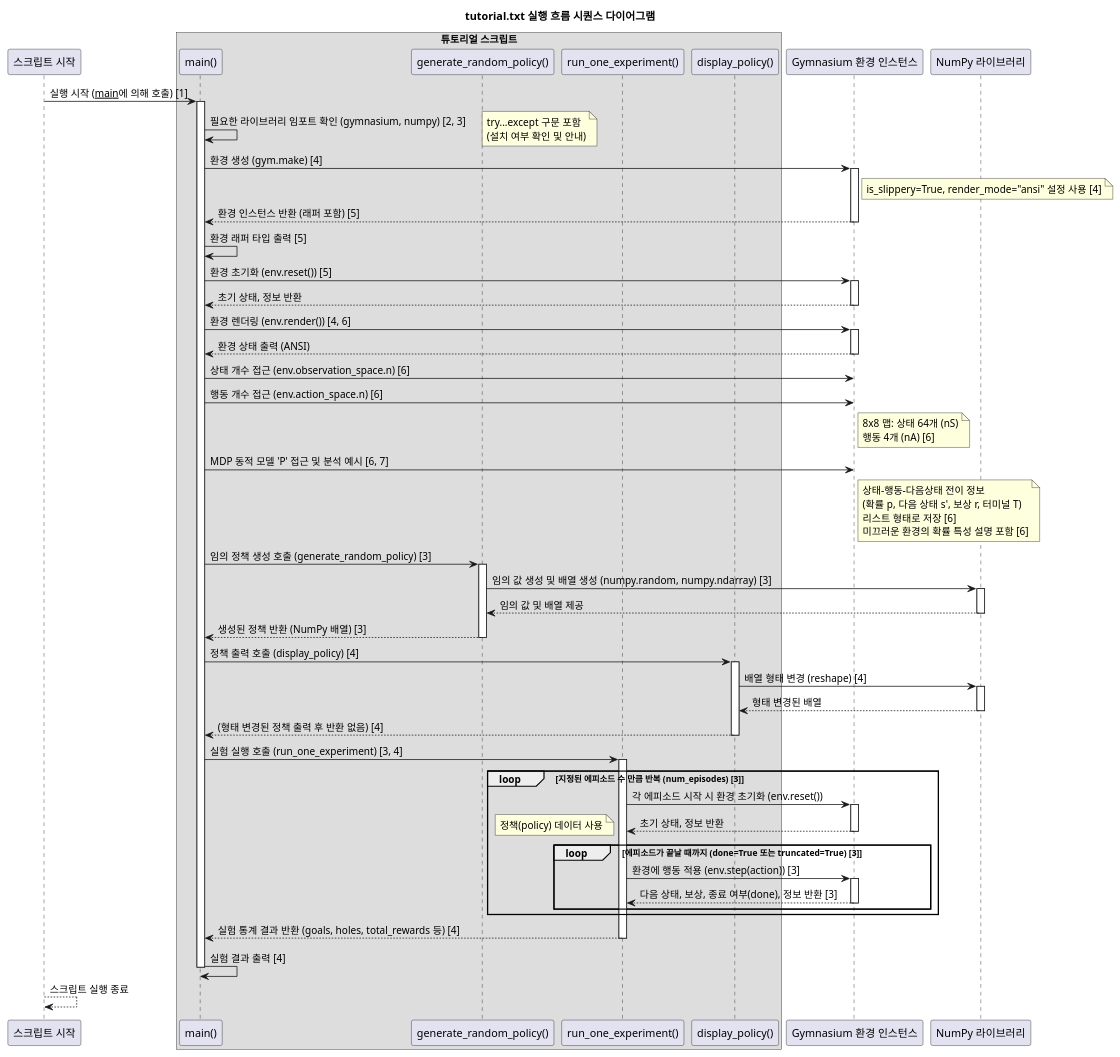
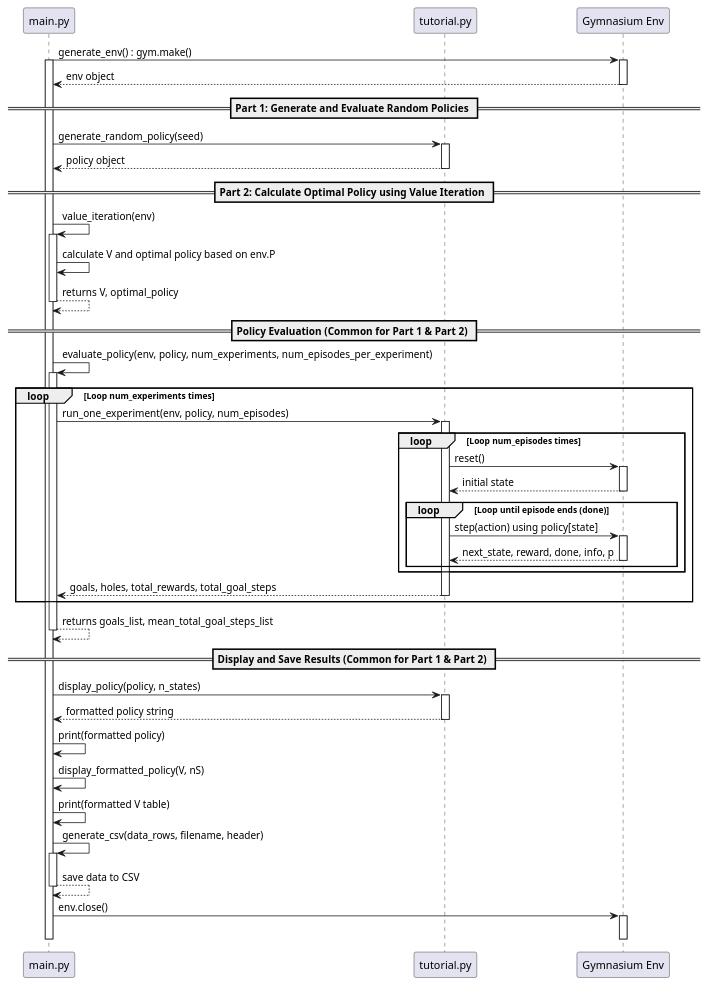
The diagram in AI/hw3/sd.wsd (devminsong/25_WQ_SE441), drawn with PlantUML before and after one commit. The commit also changed other lines of this file and 3 other files, not shown here.

```diff
--- a/AI/hw3/sd.wsd
+++ b/AI/hw3/sd.wsd
@@ -1,115 +1,67 @@
 @startuml
-' 다이어그램 제목
-title tutorial.txt 실행 흐름 시퀀스 다이어그램
+participant "main.py" as Main
+participant "tutorial.py" as Tutorial
+participant "Gymnasium Env" as Env
 
-' 참가자 (주요 구성요소/함수)
-participant "스크립트 시작" as Script
-box "튜토리얼 스크립트"
-    participant "main()" as Main
-    participant "generate_random_policy()" as GenPolicy
-    participant "run_one_experiment()" as RunExp
-    participant "display_policy()" as DispPolicy
-end box
-participant "Gymnasium 환경 인스턴스" as GymEnv
-participant "NumPy 라이브러리" as NumPy
+Main -> Env: generate_env() : gym.make()
+activate Env
+activate Main
+Env --> Main: env object
+deactivate Env
 
-' 실행 순서
-Script -> Main : 실행 시작 (__main__에 의해 호출) [1]
+== Part 1: Generate and Evaluate Random Policies ==
+Main -> Tutorial: generate_random_policy(seed)
+activate Tutorial
+Tutorial --> Main: policy object
+deactivate Tutorial
 
+== Part 2: Calculate Optimal Policy using Value Iteration ==
+Main -> Main: value_iteration(env)
 activate Main
-
-Main -> Main : 필요한 라이브러리 임포트 확인 (gymnasium, numpy) [2, 3]
-note right
-    try...except 구문 포함
-    (설치 여부 확인 및 안내)
-end note
-
-Main -> GymEnv : 환경 생성 (gym.make) [4]
-activate GymEnv
-note right of GymEnv
-    'FrozenLake-v1', map_name="8x8",
-    is_slippery=True, render_mode="ansi" 설정 사용 [4]
-end note
-GymEnv --> Main : 환경 인스턴스 반환 (래퍼 포함) [5]
-deactivate GymEnv
-
-Main -> Main : 환경 래퍼 타입 출력 [5]
-
-Main -> GymEnv : 환경 초기화 (env.reset()) [5]
-activate GymEnv
-GymEnv --> Main : 초기 상태, 정보 반환
-deactivate GymEnv
-
-Main -> GymEnv : 환경 렌더링 (env.render()) [4, 6]
-activate GymEnv
-GymEnv --> Main : 환경 상태 출력 (ANSI)
-deactivate GymEnv
-
-Main -> GymEnv : 상태 개수 접근 (env.observation_space.n) [6]
-Main -> GymEnv : 행동 개수 접근 (env.action_space.n) [6]
-note right of GymEnv
-    8x8 맵: 상태 64개 (nS)
-    행동 4개 (nA) [6]
-end note
-
-Main -> GymEnv : MDP 동적 모델 'P' 접근 및 분석 예시 [6, 7]
-note right of GymEnv
-    상태-행동-다음상태 전이 정보
-    (확률 p, 다음 상태 s', 보상 r, 터미널 T)
-    리스트 형태로 저장 [6]
-    미끄러운 환경의 확률 특성 설명 포함 [6]
-end note
-
-Main -> GenPolicy : 임의 정책 생성 호출 (generate_random_policy) [3]
-activate GenPolicy
-GenPolicy -> NumPy : 임의 값 생성 및 배열 생성 (numpy.random, numpy.ndarray) [3]
-activate NumPy
-NumPy --> GenPolicy : 임의 값 및 배열 제공
-deactivate NumPy
-GenPolicy --> Main : 생성된 정책 반환 (NumPy 배열) [3]
-deactivate GenPolicy
-
-Main -> DispPolicy : 정책 출력 호출 (display_policy) [4]
-activate DispPolicy
-DispPolicy -> NumPy : 배열 형태 변경 (reshape) [4]
-activate NumPy
-NumPy --> DispPolicy : 형태 변경된 배열
-deactivate NumPy
-DispPolicy --> Main : (형태 변경된 정책 출력 후 반환 없음) [4]
-deactivate DispPolicy
-
-Main -> RunExp : 실험 실행 호출 (run_one_experiment) [3, 4]
-activate RunExp
-
-    loop 지정된 에피소드 수 만큼 반복 (num_episodes) [3]
-        RunExp -> GymEnv : 각 에피소드 시작 시 환경 초기화 (env.reset())
-        activate GymEnv
-        GymEnv --> RunExp : 초기 상태, 정보 반환
-        deactivate GymEnv
-
-        loop 에피소드가 끝날 때까지 (done=True 또는 truncated=True) [3]
-            ' 현재 상태에 따라 정책에서 행동 선택 (policy[state]) [3]
-            note left
-                정책(policy) 데이터 사용
-            end note
-            RunExp -> GymEnv : 환경에 행동 적용 (env.step(action)) [3]
-            activate GymEnv
-            GymEnv --> RunExp : 다음 상태, 보상, 종료 여부(done), 정보 반환 [3]
-            deactivate GymEnv
-
-            ' 보상 누적, 상태 업데이트 등
-        end
-
-        ' 에피소드 결과 기록 (목표 달성 횟수, 총 보상, 걸음 수 등) [3, 4]
-    end
-
-RunExp --> Main : 실험 통계 결과 반환 (goals, holes, total_rewards 등) [4]
-deactivate RunExp
-
-Main -> Main : 실험 결과 출력 [4]
-
+Main -> Main: calculate V and optimal policy based on env.P
+Main --> Main: returns V, optimal_policy
 deactivate Main
 
-Script --> Script : 스크립트 실행 종료
+== Policy Evaluation (Common for Part 1 & Part 2) ==
+Main -> Main: evaluate_policy(env, policy, num_experiments, num_episodes_per_experiment)
+activate Main
+loop Loop num_experiments times
+  Main -> Tutorial: run_one_experiment(env, policy, num_episodes)
+  activate Tutorial
+  loop Loop num_episodes times
+    Tutorial -> Env: reset()
+    activate Env
+    Env --> Tutorial: initial state
+    deactivate Env
+    loop Loop until episode ends (done)
+      Tutorial -> Env: step(action) using policy[state]
+      activate Env
+      Env --> Tutorial: next_state, reward, done, info, p
+      deactivate Env
+    end
+  end
+  Tutorial --> Main: goals, holes, total_rewards, total_goal_steps
+  deactivate Tutorial
+end
+Main --> Main: returns goals_list, mean_total_goal_steps_list
+deactivate Main
+
+== Display and Save Results (Common for Part 1 & Part 2) ==
+Main -> Tutorial: display_policy(policy, n_states)
+activate Tutorial
+Tutorial --> Main: formatted policy string
+deactivate Tutorial
+Main -> Main: print(formatted policy)
+Main -> Main: display_formatted_policy(V, nS)
+Main -> Main: print(formatted V table)
+Main -> Main: generate_csv(data_rows, filename, header)
+activate Main
+Main --> Main: save data to CSV
+deactivate Main
+
+Main -> Env: env.close()
+activate Env
+deactivate Env
+deactivate Main
 
 @enduml
```
